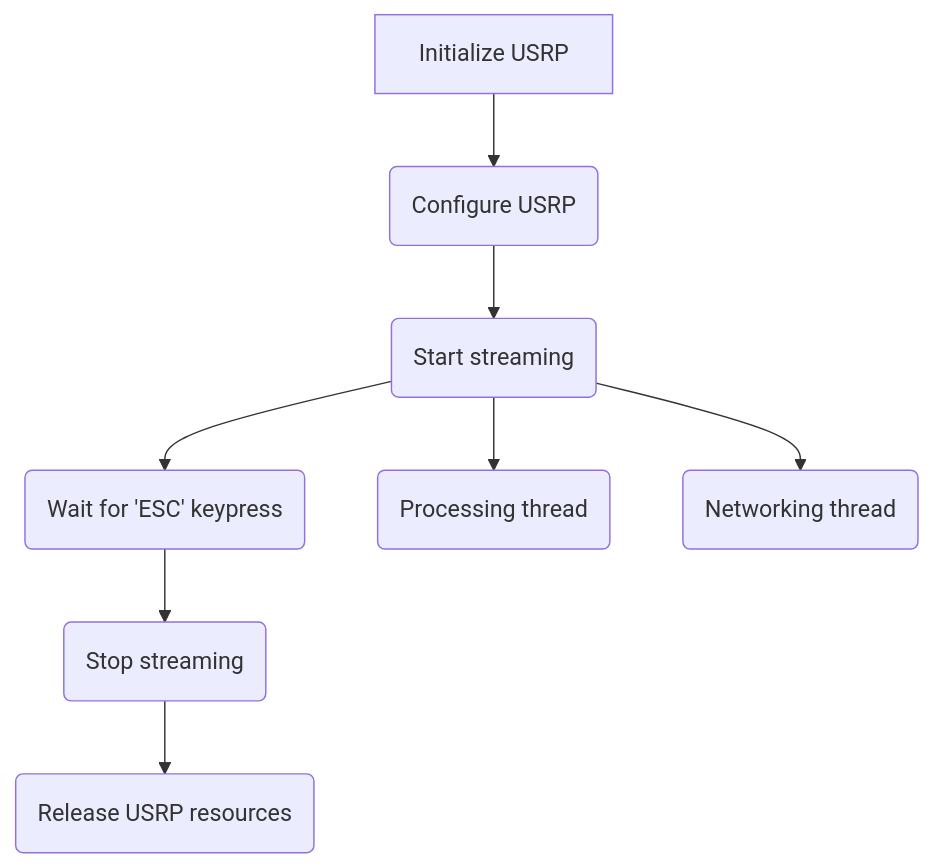
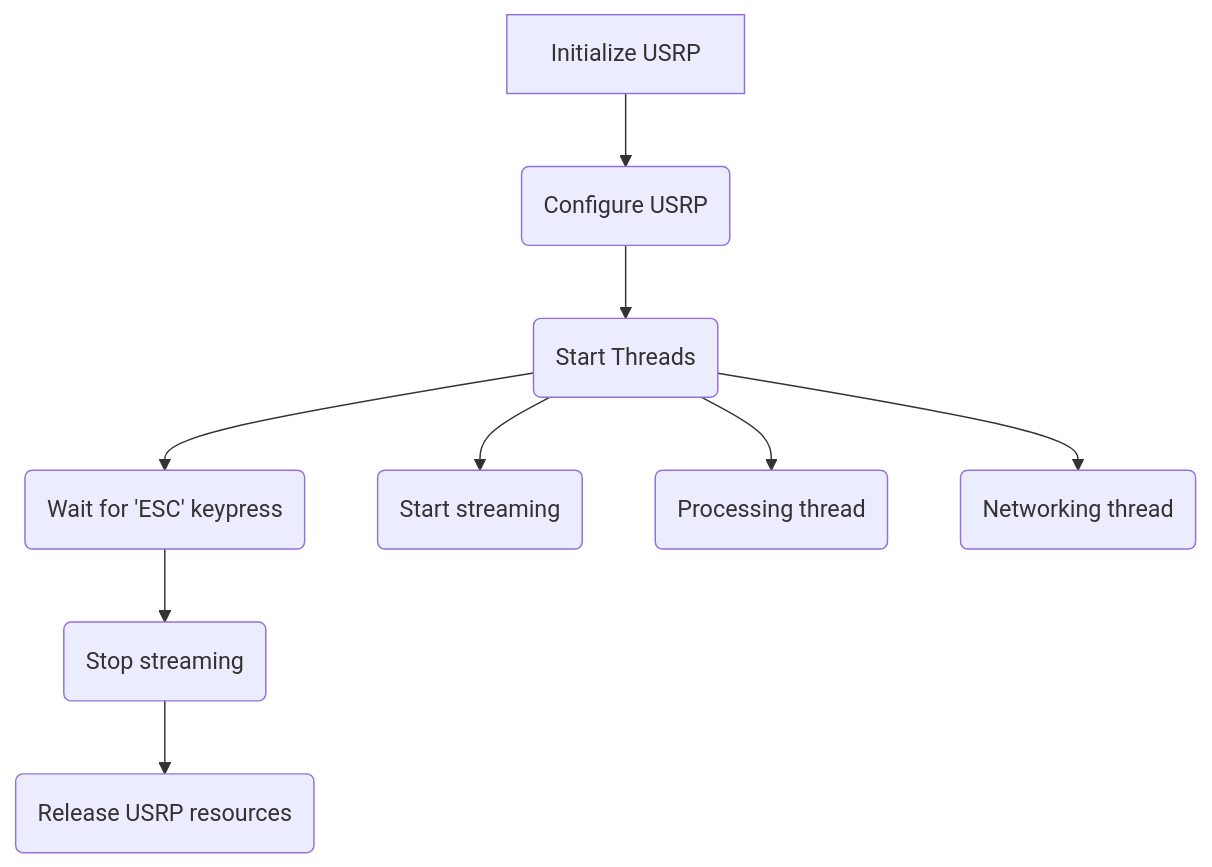
Before and after one commit to joey-public/WES207CapstoneProject: the diagram in dsp/src/README.md, drawn with Mermaid.

````diff
--- a/dsp/src/README.md
+++ b/dsp/src/README.md
@@ -18,10 +18,11 @@
 ```mermaid
 graph TD
 A[Initialize USRP] --> B(Configure USRP)
-B --> C(Start streaming)
+B --> C(Start Threads)
 C --> D(Wait for 'ESC' keypress)
 D --> E(Stop streaming)
 E --> F(Release USRP resources)
-C --> G(Processing thread)
-C --> H(Networking thread)
+C --> G(Start streaming)
+C --> H(Processing thread)
+C --> I(Networking thread)
 ```
````
